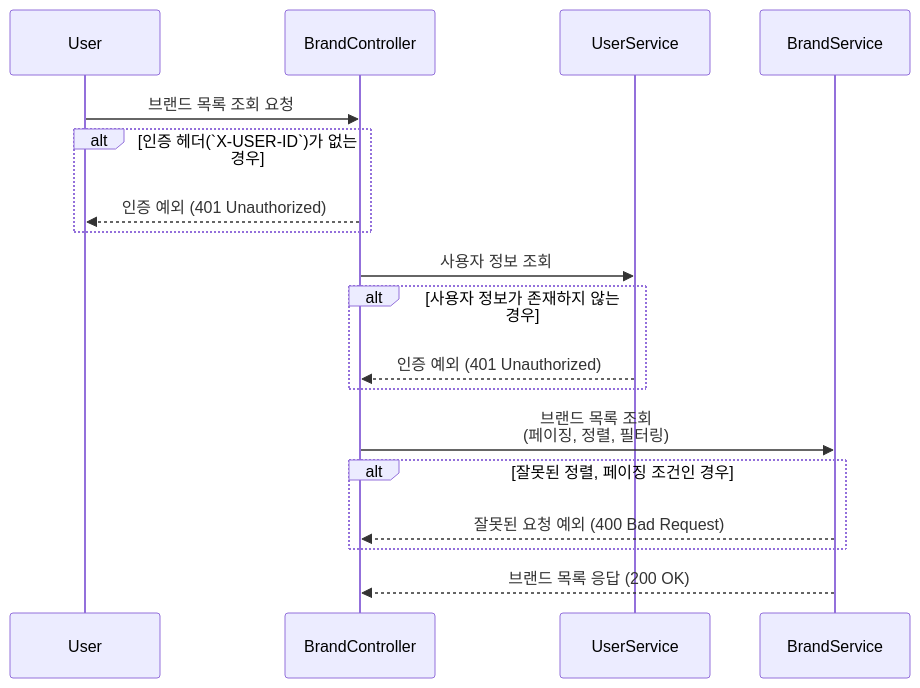
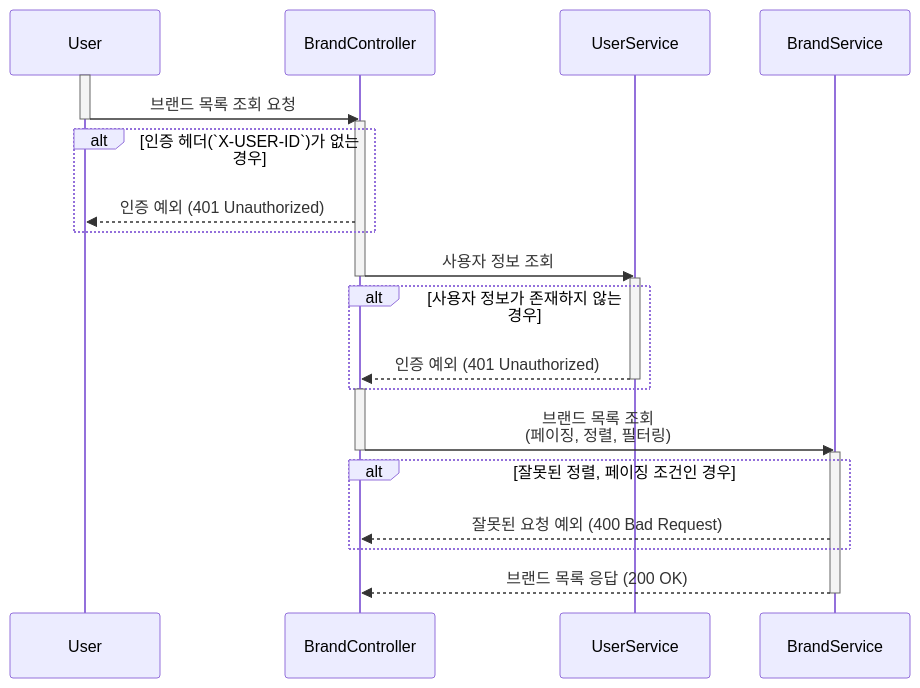
The first of 3 diagrams in docs/design/02-sequence-diagrams/brand.md (kiekk/gamsung-commerce), drawn with Mermaid before and after one commit. The commit also changed other lines of this file and 5 other files, not shown here.

First line of the commit message:
docs: 시퀀스 다이어그램 activate bar 추가

````diff
--- a/docs/design/02-sequence-diagrams/brand.md
+++ b/docs/design/02-sequence-diagrams/brand.md
@@ -5,20 +5,30 @@
 ```mermaid
 sequenceDiagram
     participant User
     participant BrandController
     participant UserService
     participant BrandService
+    activate User
     User ->> BrandController: 브랜드 목록 조회 요청
+    deactivate User
+    activate BrandController
     alt 인증 헤더(`X-USER-ID`)가 없는 경우
         BrandController -->> User: 인증 예외 (401 Unauthorized)
     end
     BrandController ->> UserService: 사용자 정보 조회
+    deactivate BrandController
+    activate UserService
     alt 사용자 정보가 존재하지 않는 경우
         UserService -->> BrandController: 인증 예외 (401 Unauthorized)
+        deactivate UserService
     end
+    activate BrandController
     BrandController ->> BrandService: 브랜드 목록 조회<br/>(페이징, 정렬, 필터링)
+    deactivate BrandController
+    activate BrandService
     alt 잘못된 정렬, 페이징 조건인 경우
         BrandService -->> BrandController: 잘못된 요청 예외 (400 Bad Request)
     end
     BrandService -->> BrandController: 브랜드 목록 응답 (200 OK)
+    deactivate BrandService
 ```
````
